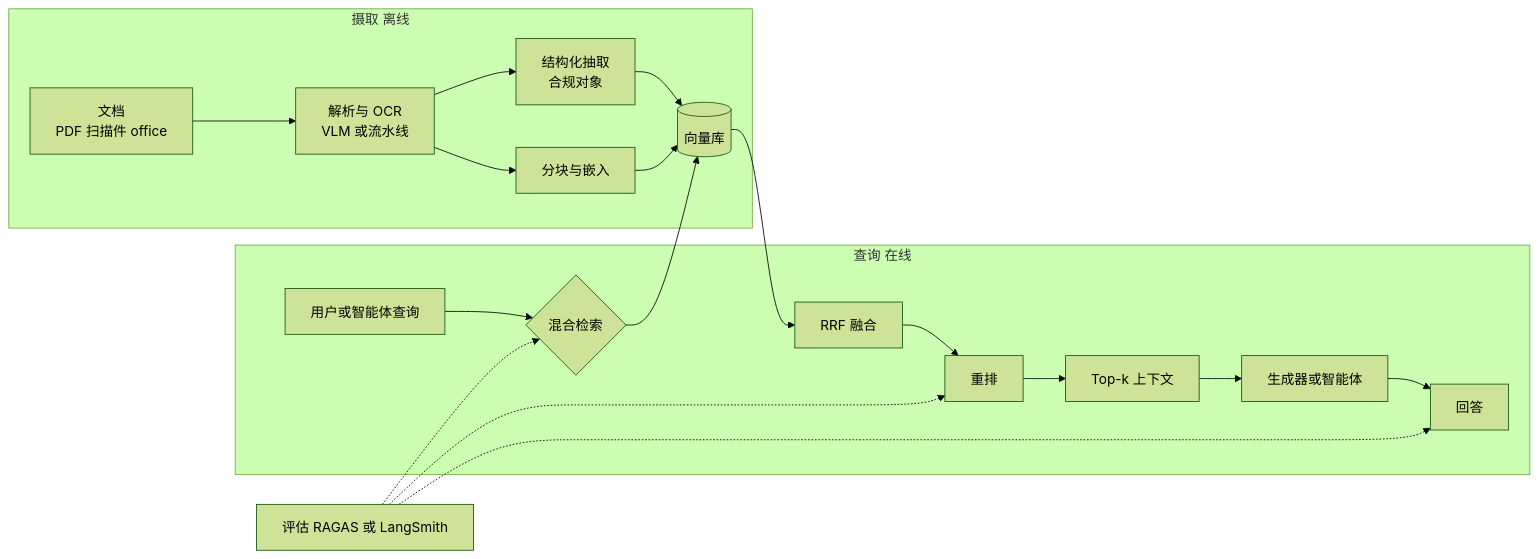
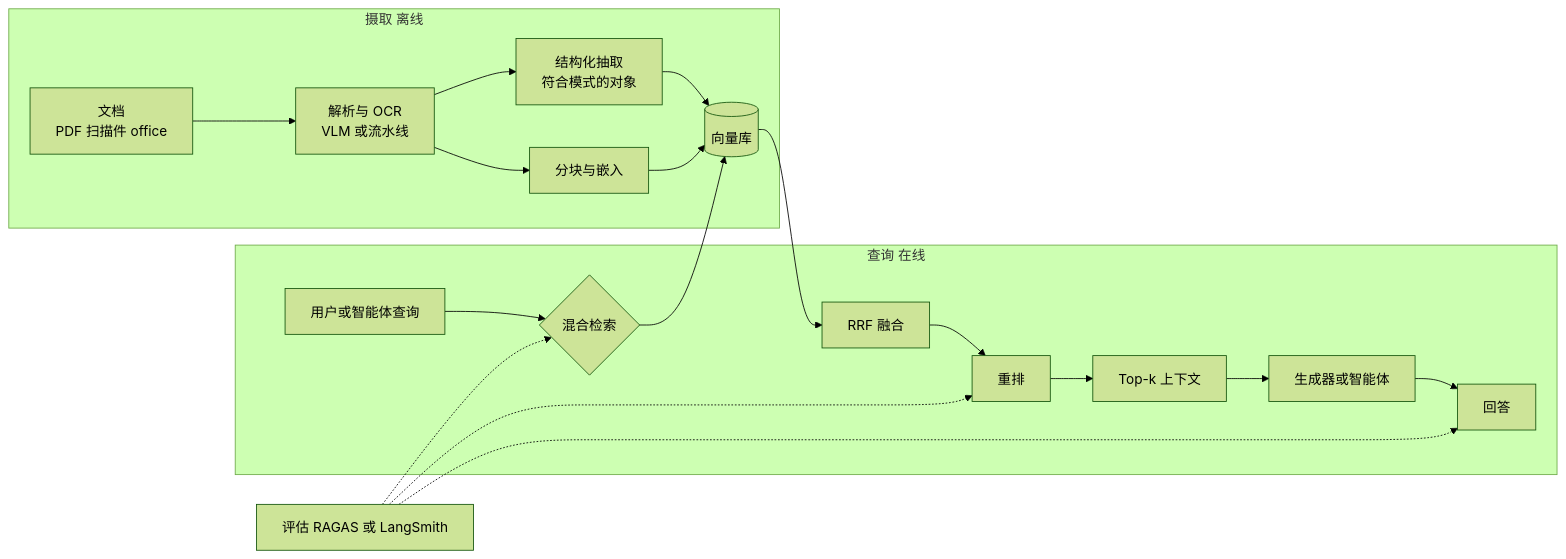
The diagram in zh/p10-practical/42-retrieval-and-documents.qmd (latere-ai/ai-as-an-infrastructure), drawn with Mermaid (forest theme) before and after one commit. The commit also changed other lines of this file and 106 other files, not shown here.

````diff
--- a/zh/p10-practical/42-retrieval-and-documents.qmd
+++ b/zh/p10-practical/42-retrieval-and-documents.qmd
@@ -15,20 +15,20 @@
 ```{mermaid}
 %%| label: fig-retrieval-pipeline
 %%| fig-cap: "检索与文档智能流水线，从原始文档到有依据的回答。摄取在离线，查询在在线，评估观测两者。"
 flowchart LR
   subgraph Ingest ["摄取 离线"]
     D["文档<br>PDF 扫描件 office"] --> P["解析与 OCR<br>VLM 或流水线"]
-    P --> X["结构化抽取<br>合规对象"]
+    P --> X["结构化抽取<br>符合模式的对象"]
     P --> C[分块与嵌入]
     X --> VDB[(向量库)]
     C --> VDB
   end
   subgraph Query ["查询 在线"]
     Q[用户或智能体查询] --> H{混合检索}
     H --> VDB
     VDB --> F[RRF 融合] --> RR[重排] --> CTX[Top-k 上下文] --> LLM[生成器或智能体] --> A[回答]
   end
   EVAL[评估 RAGAS 或 LangSmith] -.-> H
   EVAL -.-> RR
   EVAL -.-> A
 ```
````
